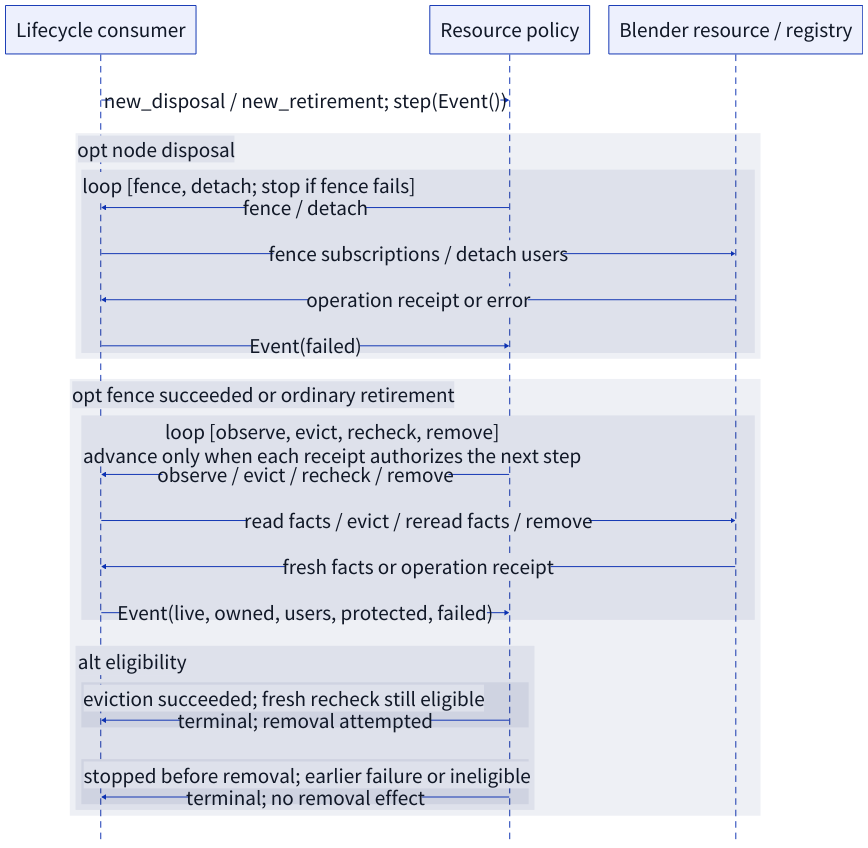
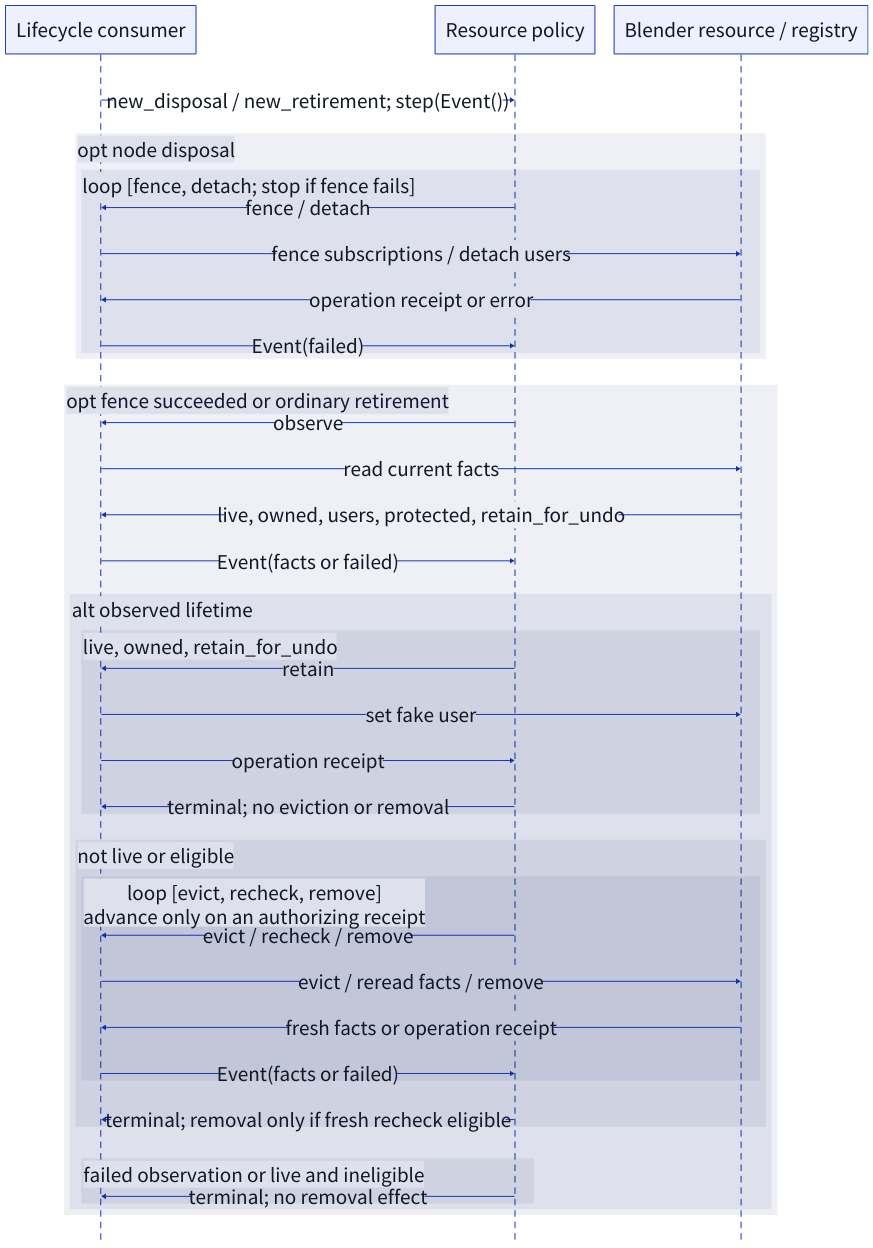
Before and after one commit to rei277hz/chromaticity: the diagram in products/perceptual-grade-book/docs/book/diagrams/06-resources-sequence.d2, drawn with D2. The commit also changed 141 other files, not shown here.

```diff
--- a/products/perceptual-grade-book/docs/book/diagrams/06-resources-sequence.d2
+++ b/products/perceptual-grade-book/docs/book/diagrams/06-resources-sequence.d2
@@ -1,38 +1,48 @@
 shape: sequence_diagram
 
 consumer: "Lifecycle consumer"
 policy: "Resource policy"
 blender: "Blender resource / registry"
 
 consumer -> policy: "new_disposal / new_retirement; step(Event())"
 opt node disposal: {
   disposal: "loop [fence, detach; stop if fence fails]" {
     policy -> consumer: "fence / detach"
     consumer -> blender: "fence subscriptions / detach users"
     blender -> consumer: "operation receipt or error"
     consumer -> policy: "Event(failed)"
   }
 }
 opt fence succeeded or ordinary retirement: {
-  retirement: "loop [observe, evict, recheck, remove]\nadvance only when each receipt authorizes the next step" {
-    policy -> consumer: "observe / evict / recheck / remove"
-    consumer -> blender: "read facts / evict / reread facts / remove"
-    blender -> consumer: "fresh facts or operation receipt"
-    consumer -> policy: "Event(live, owned, users, protected, failed)"
-  }
-  alt eligibility: {
-    removed: "eviction succeeded; fresh recheck still eligible" {
-      policy -> consumer: "terminal; removal attempted"
+  policy -> consumer: "observe"
+  consumer -> blender: "read current facts"
+  blender -> consumer: "live, owned, users, protected, retain_for_undo"
+  consumer -> policy: "Event(facts or failed)"
+  alt observed lifetime: {
+    undo_retained: "live, owned, retain_for_undo" {
+      policy -> consumer: "retain"
+      consumer -> blender: "set fake user"
+      consumer -> policy: "operation receipt"
+      policy -> consumer: "terminal; no eviction or removal"
     }
-    retained: "stopped before removal; earlier failure or ineligible" {
+    removal_candidate: "not live or eligible" {
+      retirement: "loop [evict, recheck, remove]\nadvance only on an authorizing receipt" {
+        policy -> consumer: "evict / recheck / remove"
+        consumer -> blender: "evict / reread facts / remove"
+        blender -> consumer: "fresh facts or operation receipt"
+        consumer -> policy: "Event(facts or failed)"
+      }
+      policy -> consumer: "terminal; removal only if fresh recheck eligible"
+    }
+    retained: "failed observation or live and ineligible" {
       policy -> consumer: "terminal; no removal effect"
     }
   }
 }
 
 **.style.font-size: 44
 (** -> **)[*].style.font-size: 44
 **.style.font-color: "#111827"
 **.style.italic: false
 (** -> **)[*].style.font-color: "#111827"
 (** -> **)[*].style.italic: false
```
